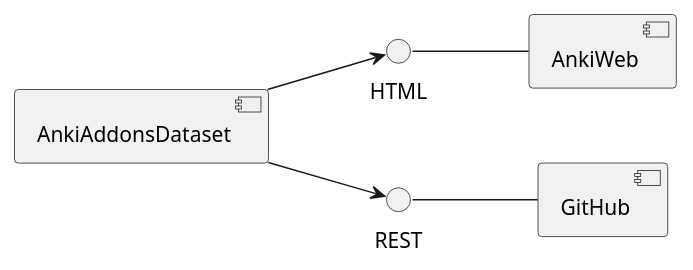
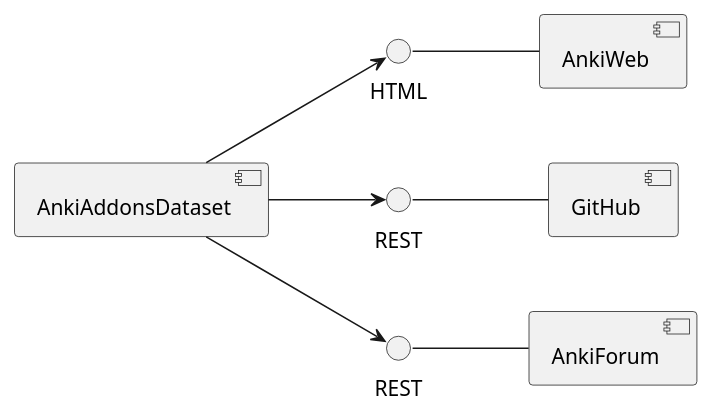
Before and after one commit to Aleks-Ya/anki-addons-dataset: the diagram in doc/uml/integrations.puml, drawn with PlantUML. The commit also changed 25 other files, not shown here.

Commit message:
Add AnkiForumService

```diff
--- a/doc/uml/integrations.puml
+++ b/doc/uml/integrations.puml
@@ -1,19 +1,23 @@
 @startuml
 'https://plantuml.com/component-diagram
 
 left to right direction
 
 component AnkiAddonsDataset
 component AnkiWeb
 component GitHub
+component AnkiForum
 
 interface "REST" as GitHubRest
 interface "HTML" as AnkiWebHtml
+interface "REST" as AnkiForumRest
 
+AnkiForum -u- AnkiForumRest
 GitHub -u- GitHubRest
 AnkiWeb -u- AnkiWebHtml
 
 AnkiAddonsDataset --> AnkiWebHtml
 AnkiAddonsDataset --> GitHubRest
+AnkiAddonsDataset --> AnkiForumRest
 
 @enduml
```
